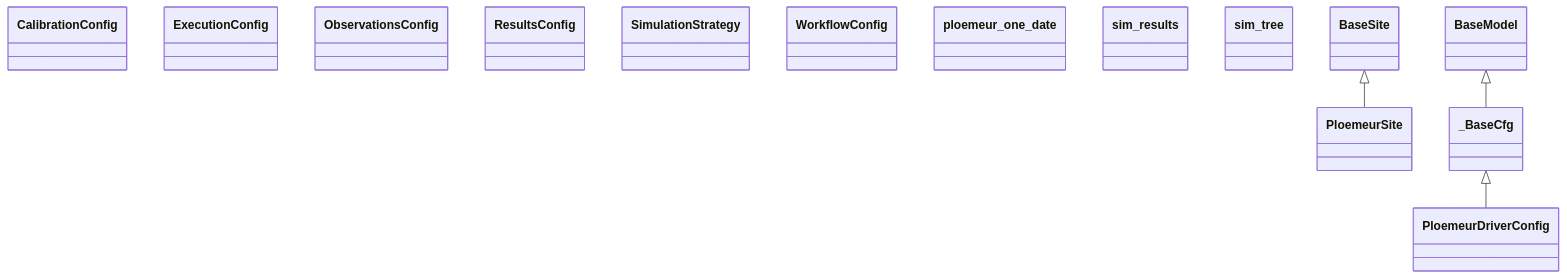
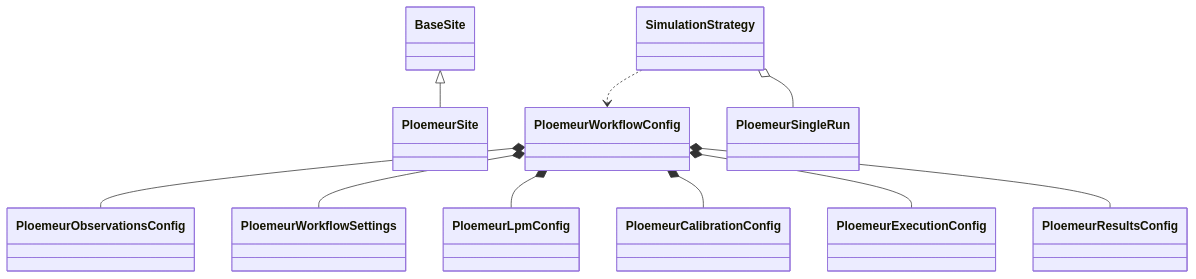
One commit to dreuzy/PyAges changed the diagram in docs/uml/classes_sites_ploemeur.md. Above: the diagram before and after it, drawn with Mermaid. The commit also changed other lines of this file and 50 other files, not shown here.

Commit message:
docs: update guides and architecture

````diff
--- a/docs/uml/classes_sites_ploemeur.md
+++ b/docs/uml/classes_sites_ploemeur.md
@@ -3,18 +7,23 @@
 ```mermaid
 classDiagram
-class CalibrationConfig
-class ExecutionConfig
-class ObservationsConfig
-class PloemeurDriverConfig
 class PloemeurSite
-class ResultsConfig
+class PloemeurWorkflowConfig
+class PloemeurObservationsConfig
+class PloemeurWorkflowSettings
+class PloemeurLpmConfig
+class PloemeurCalibrationConfig
+class PloemeurExecutionConfig
+class PloemeurResultsConfig
 class SimulationStrategy
-class WorkflowConfig
-class _BaseCfg
-class ploemeur_one_date
-class sim_results
-class sim_tree
-_BaseCfg <|-- PloemeurDriverConfig
+class PloemeurSingleRun
+
 BaseSite <|-- PloemeurSite
-BaseModel <|-- _BaseCfg
+PloemeurWorkflowConfig *-- PloemeurObservationsConfig
+PloemeurWorkflowConfig *-- PloemeurWorkflowSettings
+PloemeurWorkflowConfig *-- PloemeurLpmConfig
+PloemeurWorkflowConfig *-- PloemeurCalibrationConfig
+PloemeurWorkflowConfig *-- PloemeurExecutionConfig
+PloemeurWorkflowConfig *-- PloemeurResultsConfig
+SimulationStrategy ..> PloemeurWorkflowConfig
+SimulationStrategy o-- PloemeurSingleRun
 ```
````
